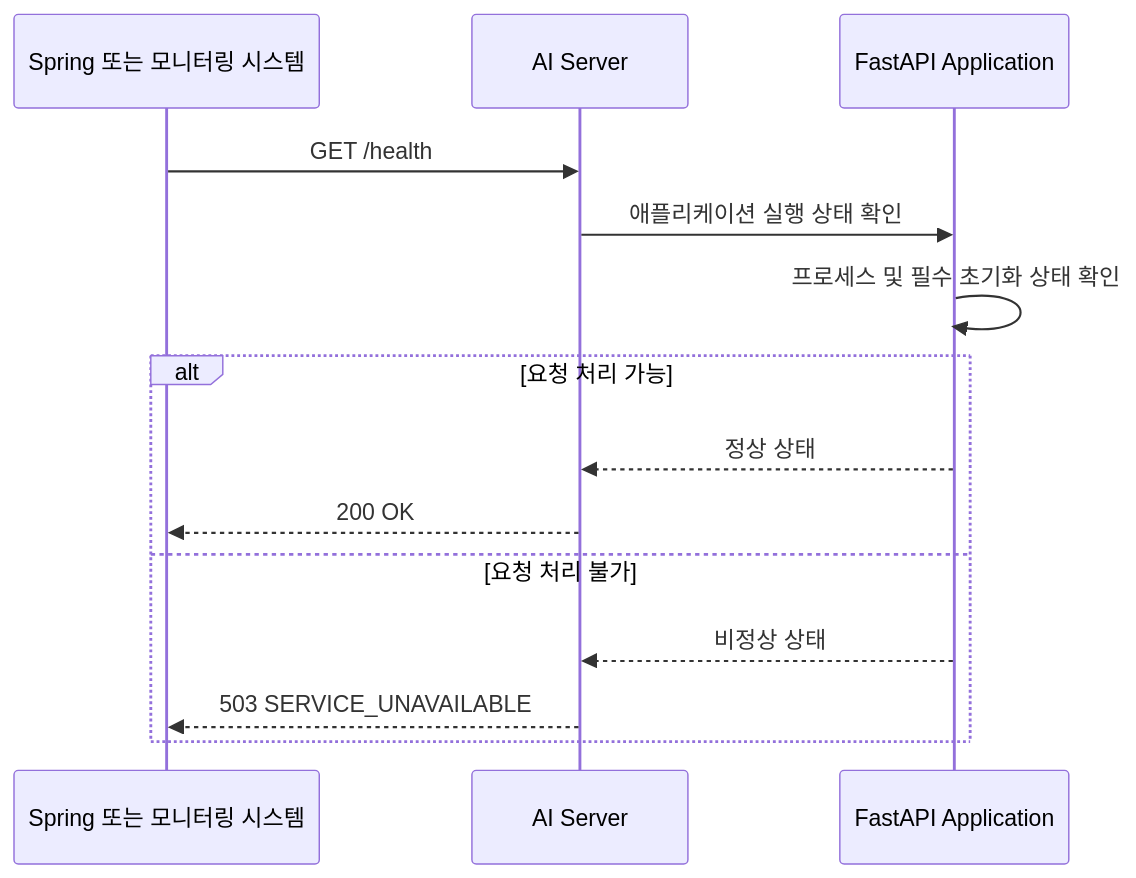
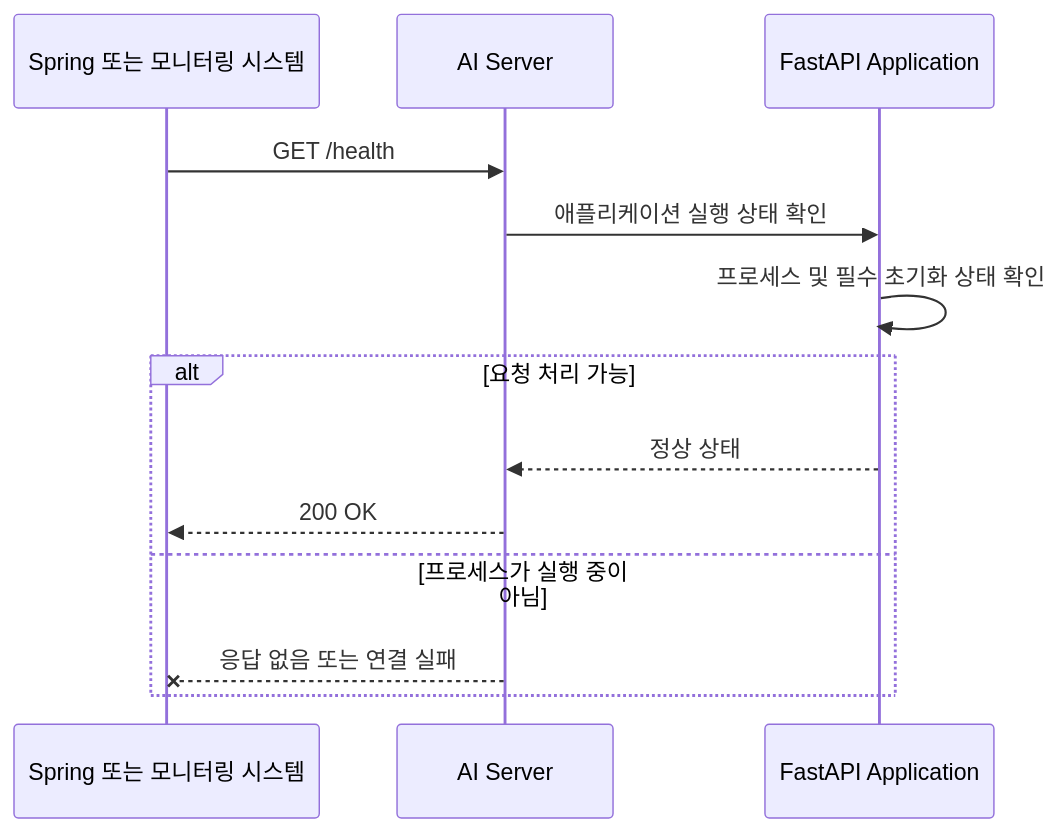
One commit to 100-hours-a-week/KTB4-18th-AI changed the first of 5 diagrams in docs/wiki/week1/01-모델-API-설계.md. Above: the diagram before and after it, drawn with Mermaid. The commit also changed other lines of this file and 2 other files, not shown here.

Commit message:
docs: V1·V2 API 계약과 추천 워크플로우 현행화

````diff
--- a/docs/wiki/week1/01-모델-API-설계.md
+++ b/docs/wiki/week1/01-모델-API-설계.md
@@ -18,18 +18,17 @@
 ```mermaid
 sequenceDiagram
     participant C as Spring 또는 모니터링 시스템
     participant A as AI Server
     participant P as FastAPI Application
 
     C->>A: GET /health
     A->>P: 애플리케이션 실행 상태 확인
     P->>P: 프로세스 및 필수 초기화 상태 확인
 
     alt 요청 처리 가능
         P-->>A: 정상 상태
         A-->>C: 200 OK
-    else 요청 처리 불가
-        P-->>A: 비정상 상태
-        A-->>C: 503 SERVICE_UNAVAILABLE
+    else 프로세스가 실행 중이 아님
+        A--xC: 응답 없음 또는 연결 실패
     end
 ```
````
